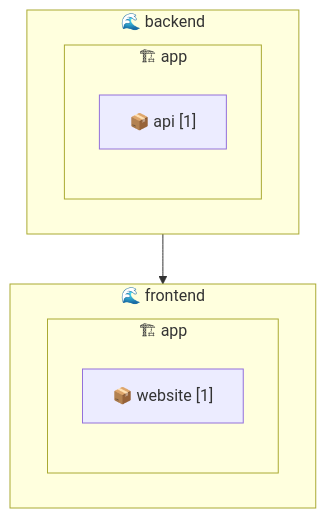
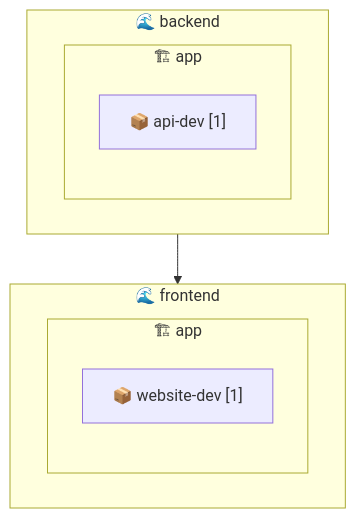
One commit to rehanvdm/cdk-starter changed the diagram in infra/pipeline-deployment-order.md. Above: the diagram before and after it, drawn with Mermaid. The commit also changed 7 other files, not shown here.

````diff
--- a/infra/pipeline-deployment-order.md
+++ b/infra/pipeline-deployment-order.md
@@ -1,14 +1,14 @@
 ```mermaid
 graph TD
     subgraph Wave0["🌊 backend"]
         subgraph Wave0Stage0["🏗 app"]
-            Stackbackend_app_api["📦 api [1]"]
+            Stackbackend_app_api_dev["📦 api-dev [1]"]
         end
     end
     subgraph Wave1["🌊 frontend"]
         subgraph Wave1Stage0["🏗 app"]
-            Stackfrontend_app_website["📦 website [1]"]
+            Stackfrontend_app_website_dev["📦 website-dev [1]"]
         end
     end
     Wave0 --> Wave1
 ```
````
